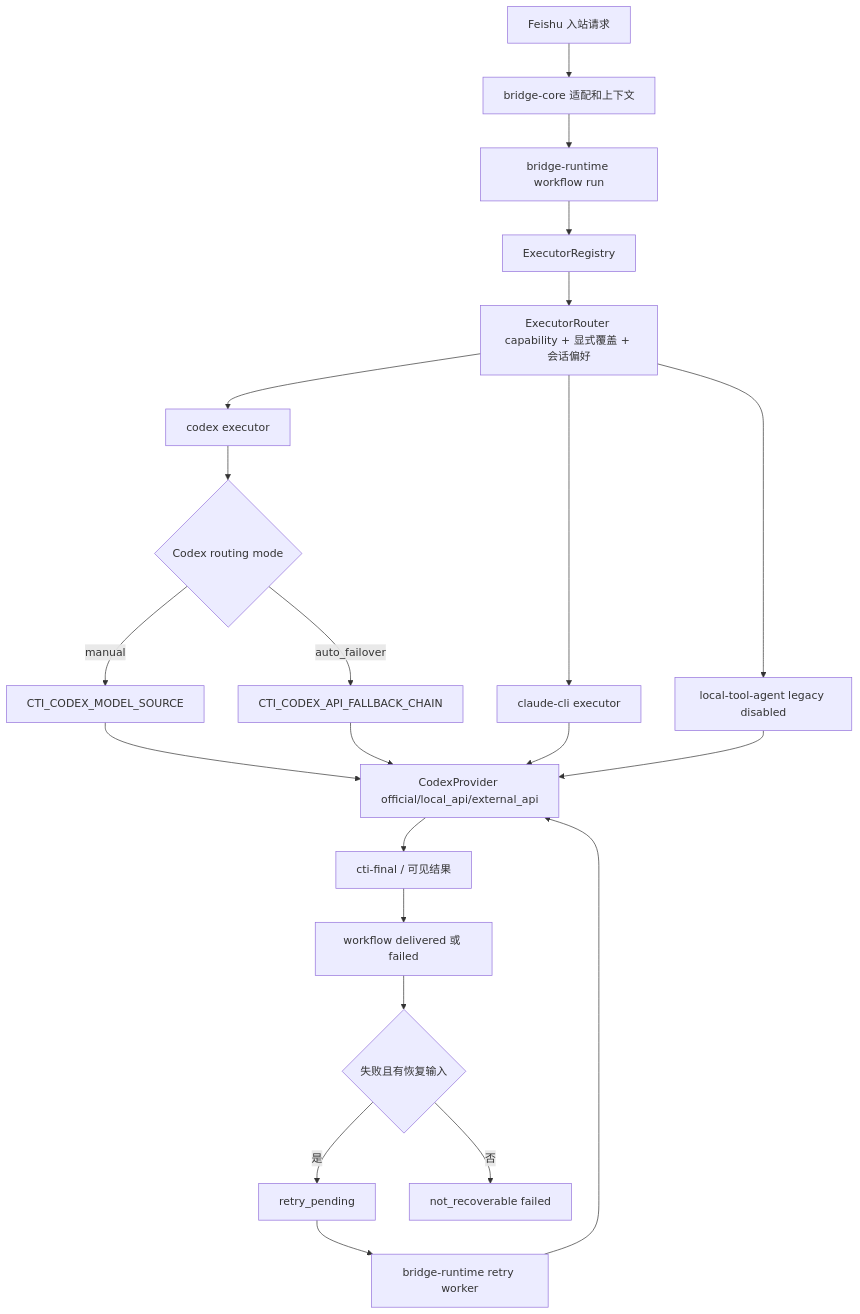
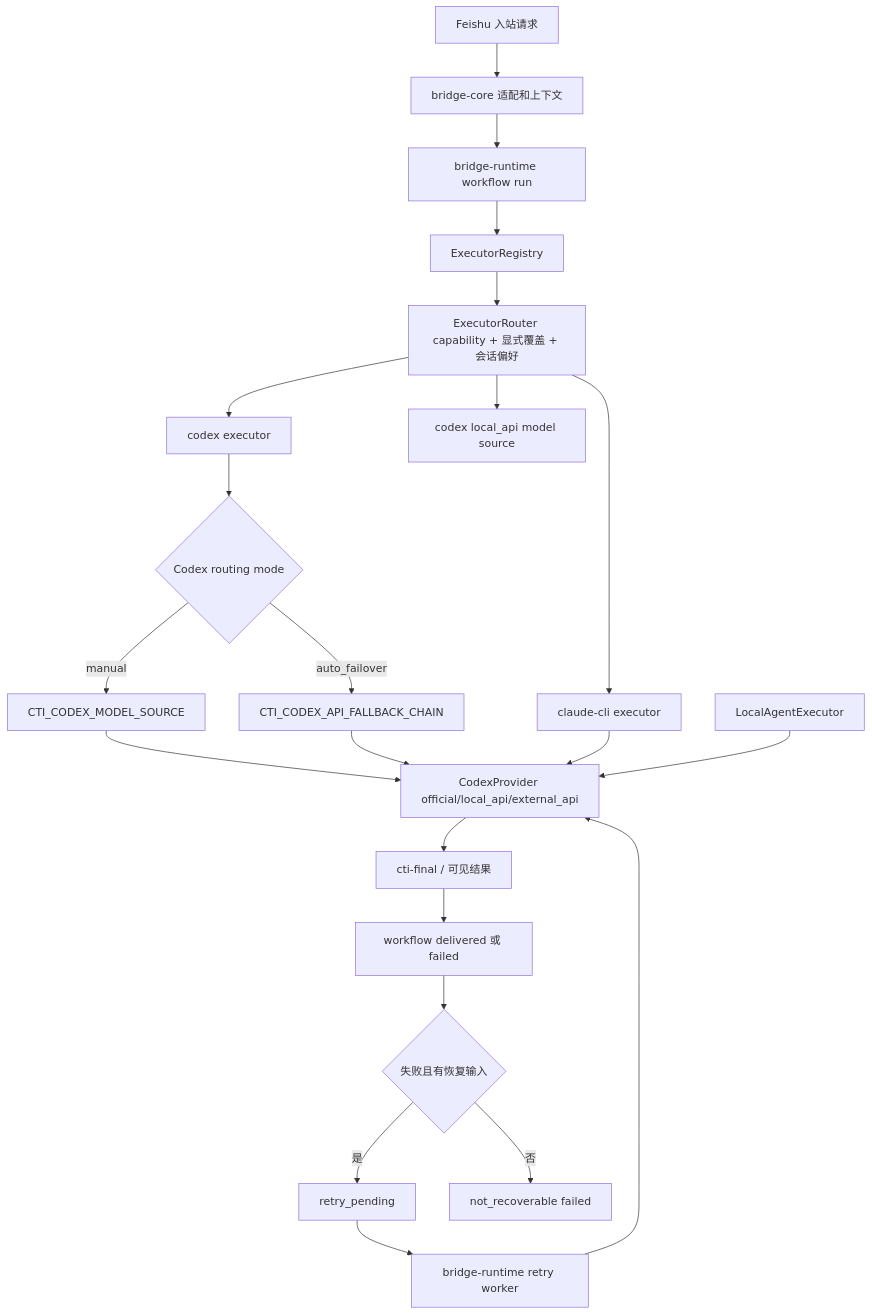
Before and after one commit to dddfuxi/codex-im-suite: the fifth of 8 diagrams in release/installer/payload/docs/PROJECT-ARCHITECTURE.md, drawn with Mermaid. The commit also changed other lines of this file and 101 other files, not shown here.

````diff
--- a/release/installer/payload/docs/PROJECT-ARCHITECTURE.md
+++ b/release/installer/payload/docs/PROJECT-ARCHITECTURE.md
@@ -241,24 +241,24 @@
 ```mermaid
 flowchart TD
   Inbound[Feishu 入站请求] --> CoreAdapter[bridge-core 适配和上下文]
   CoreAdapter --> Workflow[bridge-runtime workflow run]
   Workflow --> Registry[ExecutorRegistry]
   Registry --> Router[ExecutorRouter capability + 显式覆盖 + 会话偏好]
   Router --> CodexExecutor[codex executor]
   Router --> ClaudeExecutor[claude-cli executor]
-  Router --> LocalAgentExecutor[local-tool-agent legacy disabled]
+  Router --> CodexLocalSource[codex local_api model source]
   CodexExecutor --> CodexRouting{Codex routing mode}
   CodexRouting -->|manual| ManualSource[CTI_CODEX_MODEL_SOURCE]
   CodexRouting -->|auto_failover| Chain[CTI_CODEX_API_FALLBACK_CHAIN]
   ManualSource --> Provider[CodexProvider official/local_api/external_api]
   Chain --> Provider
   ClaudeExecutor --> Provider
   LocalAgentExecutor --> Provider
   Provider --> FinalResponse[cti-final / 可见结果]
   FinalResponse --> WorkflowDone[workflow delivered 或 failed]
   WorkflowDone --> RetryState{失败且有恢复输入}
   RetryState -->|是| RetryQueue[retry_pending]
   RetryQueue --> RetryWorker[bridge-runtime retry worker]
   RetryWorker --> Provider
   RetryState -->|否| NotRecoverable[not_recoverable failed]
 ```
````
